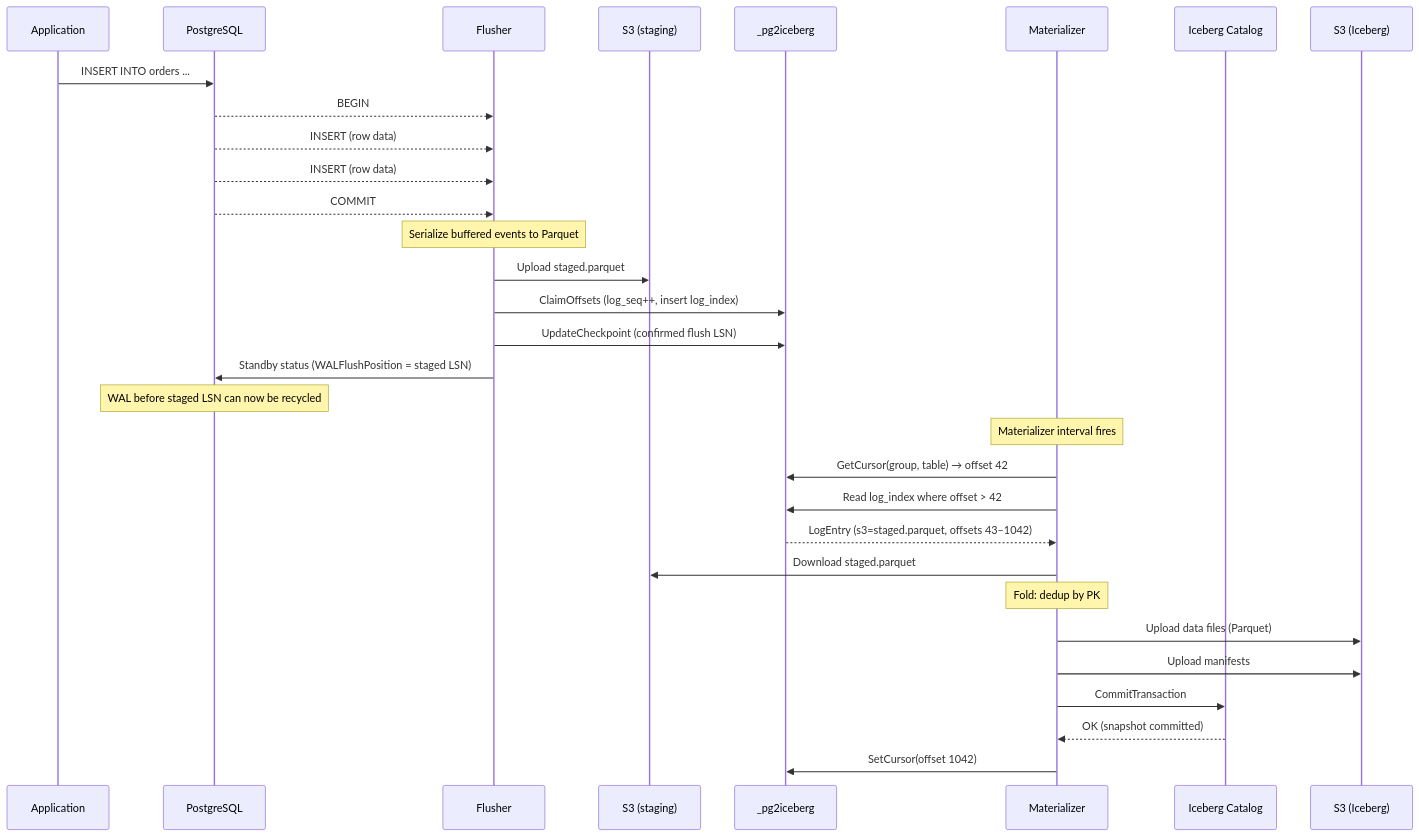
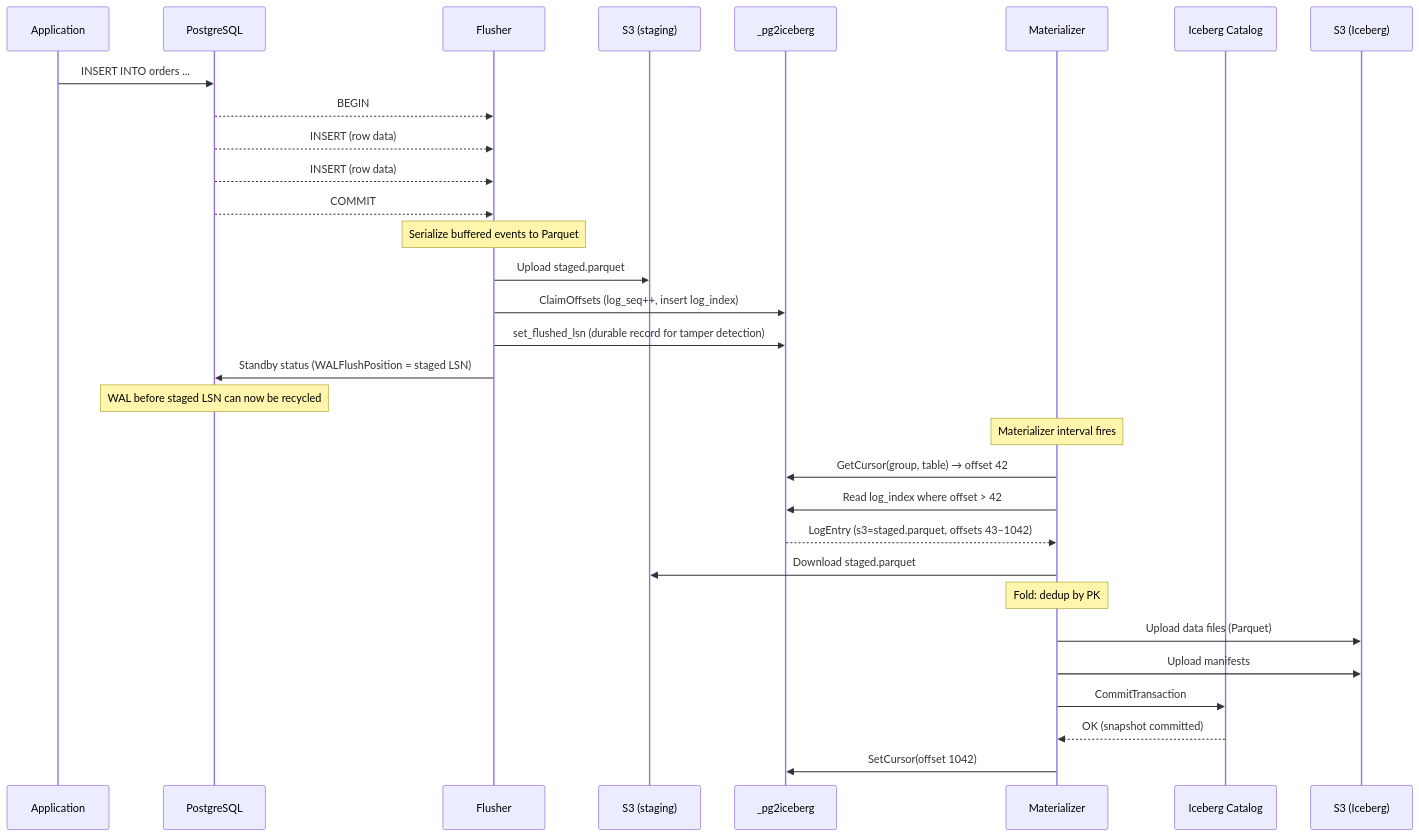
One commit to polynya-dev/pg2iceberg changed the diagram in docs/architecture/overview.md. Above: the diagram before and after it, drawn with Mermaid. The commit also changed other lines of this file and 13 other files, not shown here.

````diff
--- a/docs/architecture/overview.md
+++ b/docs/architecture/overview.md
@@ -28,38 +28,38 @@
 ``` mermaid
 sequenceDiagram
     participant App as Application
     participant PG as PostgreSQL
     participant F as Flusher
     participant S3s as S3 (staging)
     participant Coord as _pg2iceberg
     participant Mat as Materializer
     participant Cat as Iceberg Catalog
     participant S3i as S3 (Iceberg)
 
     App->>PG: INSERT INTO orders ...
     PG-->>F: BEGIN
     PG-->>F: INSERT (row data)
     PG-->>F: INSERT (row data)
     PG-->>F: COMMIT
 
     Note over F: Serialize buffered events to Parquet
     F->>S3s: Upload staged.parquet
     F->>Coord: ClaimOffsets (log_seq++, insert log_index)
-    F->>Coord: UpdateCheckpoint (confirmed flush LSN)
+    F->>Coord: set_flushed_lsn (durable record for tamper detection)
     F->>PG: Standby status (WALFlushPosition = staged LSN)
 
     Note over PG: WAL before staged LSN can now be recycled
 
     Note over Mat: Materializer interval fires
     Mat->>Coord: GetCursor(group, table) → offset 42
     Mat->>Coord: Read log_index where offset > 42
     Coord-->>Mat: LogEntry (s3=staged.parquet, offsets 43–1042)
     Mat->>S3s: Download staged.parquet
     Note over Mat: Fold: dedup by PK
 
     Mat->>S3i: Upload data files (Parquet)
     Mat->>S3i: Upload manifests
     Mat->>Cat: CommitTransaction
     Cat-->>Mat: OK (snapshot committed)
     Mat->>Coord: SetCursor(offset 1042)
 ```
````
